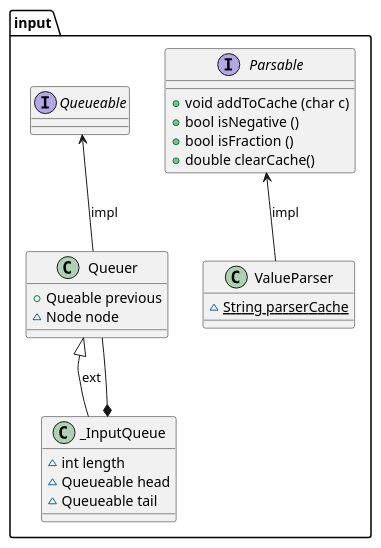
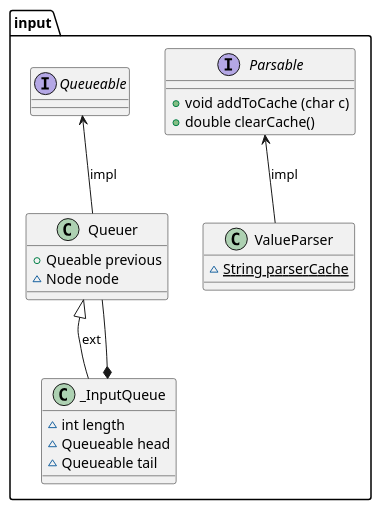
Before and after one commit to vitalispopoff/calculator: the diagram in src/main/resources/package_input_structure.puml, drawn with PlantUML. The commit also changed 5 other files, not shown here.

```diff
--- a/src/main/resources/package_input_structure.puml
+++ b/src/main/resources/package_input_structure.puml
@@ -1,38 +1,38 @@
 @startuml
 
 package input{
 
     interface Parsable{
             +{method} void addToCache (char c)
-            +{method} bool isNegative ()
-            +{method} bool isFraction ()
+'            +{method} bool isNegative ()
+'            +{method} bool isFraction ()
             +{method} double clearCache()
     }
 
     class ValueParser{
             ~{field}{static} String parserCache
     }
 
     interface Queueable{
 '            +{method} void joinQueue (Queueable)
 '            +{method} void leaveQueue (Queueable)
 '            +{method} int queueLength ()
     }
 
     class _InputQueue{
             ~{field} int length
             ~{field} Queueable head
             ~{field} Queueable tail
     }
 
     class Queuer{
             +{field} Queable previous
             ~{field} Node node
     }
 
     Parsable        <--     ValueParser     : impl
     Queuer          <|--    _InputQueue     : ext
     Queuer          --*     _InputQueue
     Queueable       <--     Queuer          : impl
 
 @enduml
```
